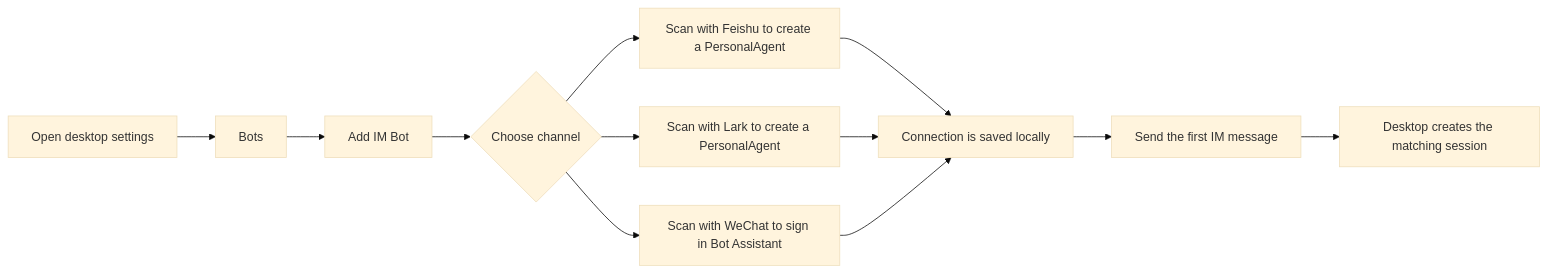
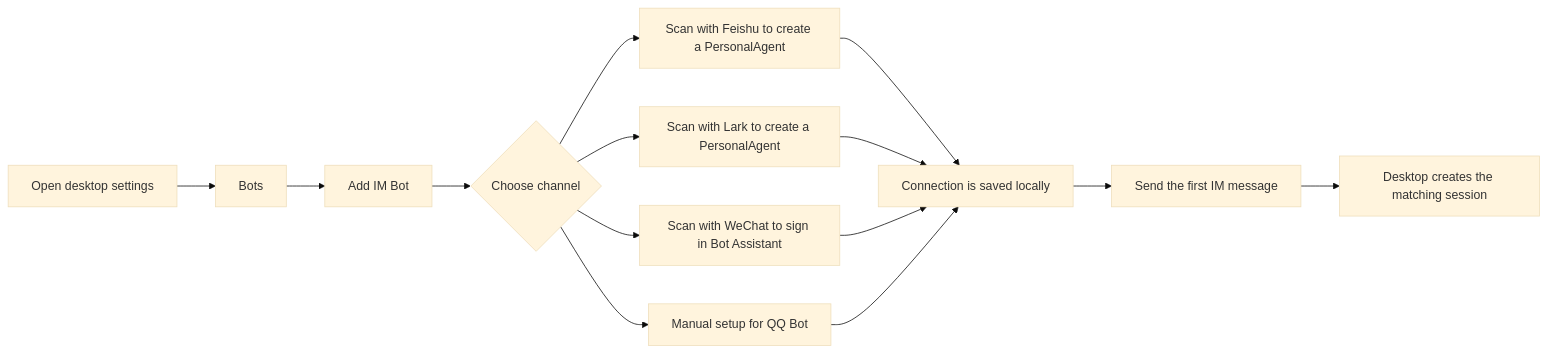
One commit to sekkit/maddog changed the first of 3 diagrams in DeepSeek-Reasonix/docs/BOT_GUIDE.md. Above: the diagram before and after it, drawn with Mermaid (base theme). The commit also changed other lines of this file and 653 other files, not shown here.

````diff
--- a/DeepSeek-Reasonix/docs/BOT_GUIDE.md
+++ b/DeepSeek-Reasonix/docs/BOT_GUIDE.md
@@ -45,14 +45,16 @@
 ```mermaid
 flowchart LR
   A["Open desktop settings"] --> B["Bots"]
   B --> C["Add IM Bot"]
   C --> D{"Choose channel"}
   D --> E["Scan with Feishu to create a PersonalAgent"]
   D --> F["Scan with Lark to create a PersonalAgent"]
   D --> G["Scan with WeChat to sign in Bot Assistant"]
-  E --> H["Connection is saved locally"]
-  F --> H
-  G --> H
-  H --> I["Send the first IM message"]
-  I --> J["Desktop creates the matching session"]
+  D --> H["Manual setup for QQ Bot"]
+  E --> I["Connection is saved locally"]
+  F --> I
+  G --> I
+  H --> I
+  I --> J["Send the first IM message"]
+  J --> K["Desktop creates the matching session"]
 ```
````
